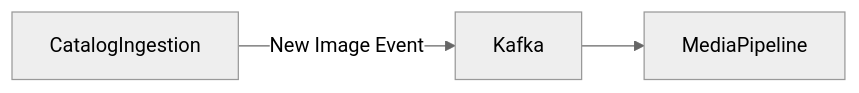
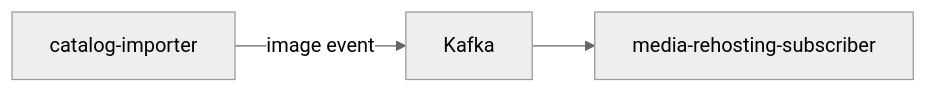
The fifth of 8 diagrams in monstrino-docs/docs/architecture/05-service-communication.md (MafiaCoconut/Monstrino), drawn with Mermaid (neutral theme) before and after one commit. The commit also changed other lines of this file and 34 other files, not shown here.

````diff
--- a/monstrino-docs/docs/architecture/05-service-communication.md
+++ b/monstrino-docs/docs/architecture/05-service-communication.md
@@ -246,5 +244,5 @@
 ```mermaid
 flowchart LR
-    CatalogIngestion -->|New Image Event| Kafka
-    Kafka --> MediaPipeline
+    catalog-importer -->|image event| Kafka
+    Kafka --> media-rehosting-subscriber
 ```
````
